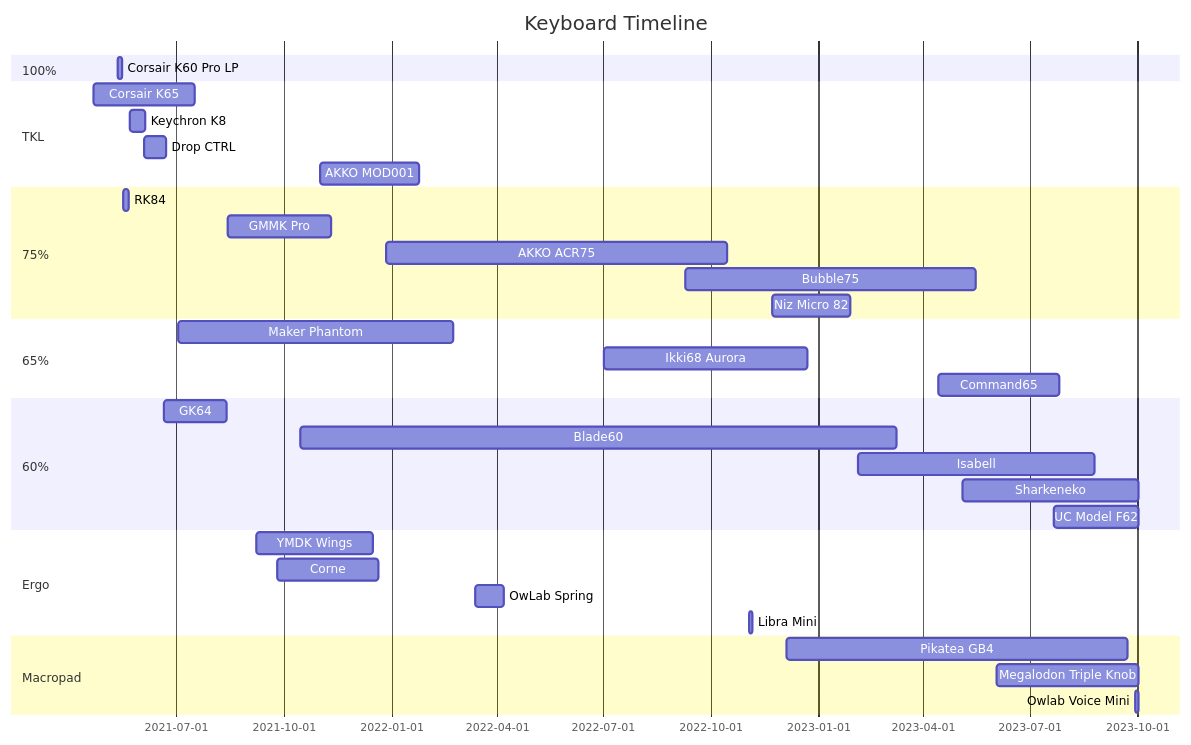
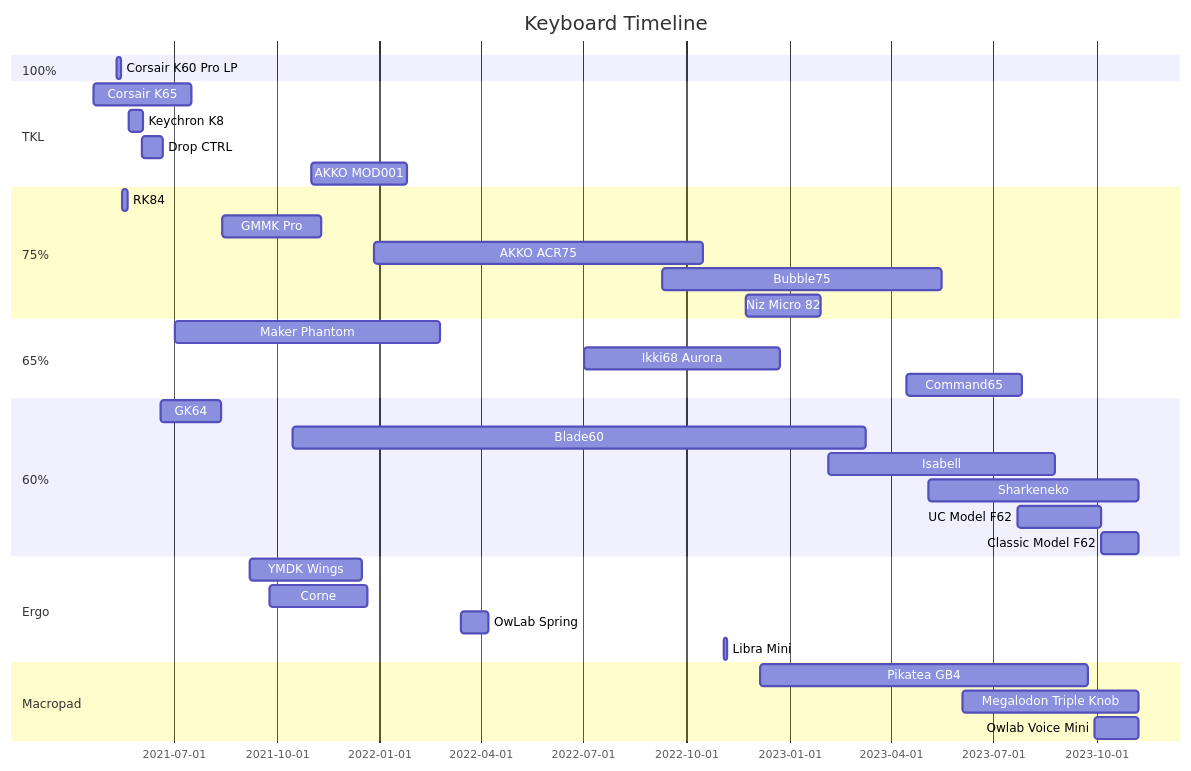
The diagram in content/keyboard-index.md (d-floe/quartzv4), drawn with Mermaid before and after one commit. The commit also changed 1 other file, not shown here.

Commit message:
vault backup: 2023-11-07 09:08:45

````diff
--- a/content/keyboard-index.md
+++ b/content/keyboard-index.md
@@ -6,46 +6,47 @@
 ```mermaid
 gantt
         title Keyboard Timeline
         dateFormat  MMMM Do YYYY
         todayMarker off
 
         section 100%
         Corsair K60 Pro LP:a2, May 12th 2021,May 15th 2021
 
         section TKL
         Corsair K65:a1, April 21st 2021,July 17th 2021
         Keychron K8:a4, May 22nd 2021,June 4th 2021
         Drop CTRL:a5, June 3rd 2021,June 22nd 2021
         AKKO MOD001:a12, November 1st 2021,January 25th 2022
 
         section 75%
         RK84:a3, May 16th 2021,May 21st 2021
         GMMK Pro:a8, August 14th 2021,November 10th 2021
 
         AKKO ACR75:a13, December 27th 2021,October 15th 2022
         Bubble75:a16, September 9th 2022,May 16th 2023
         Niz Micro 82:a18, November 23rd 2022,January 28th 2023
 
         section 65%
         Maker Phantom:a7, July 2nd 2021,February 23rd 2022
         Ikki68 Aurora:a15, July 2nd 2022,December 23rd 2022
         Command65:a20, April 14 2023,July 26th 2023
 
         section 60%
         GK64:a6, June 20th 2021,August 13th 2021
         Blade60:a11, October 15th 2021,March 9th 2023
         Isabell:a19, February 4th 2023,August 25th 2023
-        Sharkeneko:a21, May 4th 2023,October 2nd 2023
-        UC Model F62:a22, July 22nd 2023,October 2nd 2023
+        Sharkeneko:a21, May 4th 2023,November 7th 2023
+        UC Model F62:a22, July 22nd 2023,October 5th 2023
+        Classic Model F62:a22, October 5th 2023,November 7th 2023
 
 		section Ergo
         YMDK Wings:a9, September 7th 2021,December 16th 2021
 		Corne:a10, September 25th 2021,December 21st 2021
 		OwLab Spring:a14, March 14th 2022,April 7th 2022
 		Libra Mini:a17, November 3rd 2022,November 6th 2022
 
 		section Macropad
 		Pikatea GB4:apk, December 5th 2022,September 23rd 2023
-		Megalodon Triple Knob:atk, June 3rd 2023,October 2nd 2023
-		Owlab Voice Mini:avm, September 29th 2023,October 2nd 2023
+		Megalodon Triple Knob:atk, June 3rd 2023,November 7th 2023
+		Owlab Voice Mini:avm, September 29th 2023,November 7th 2023
 ```
````
